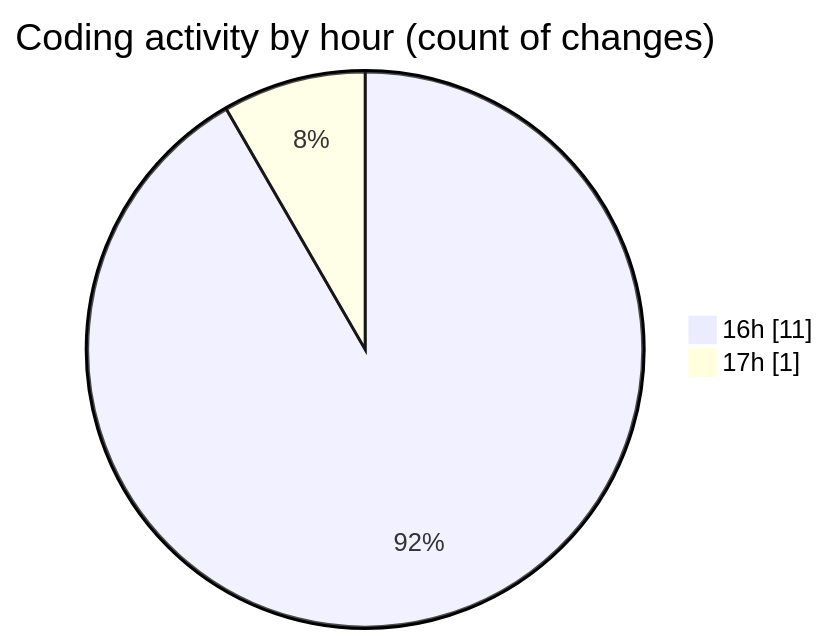
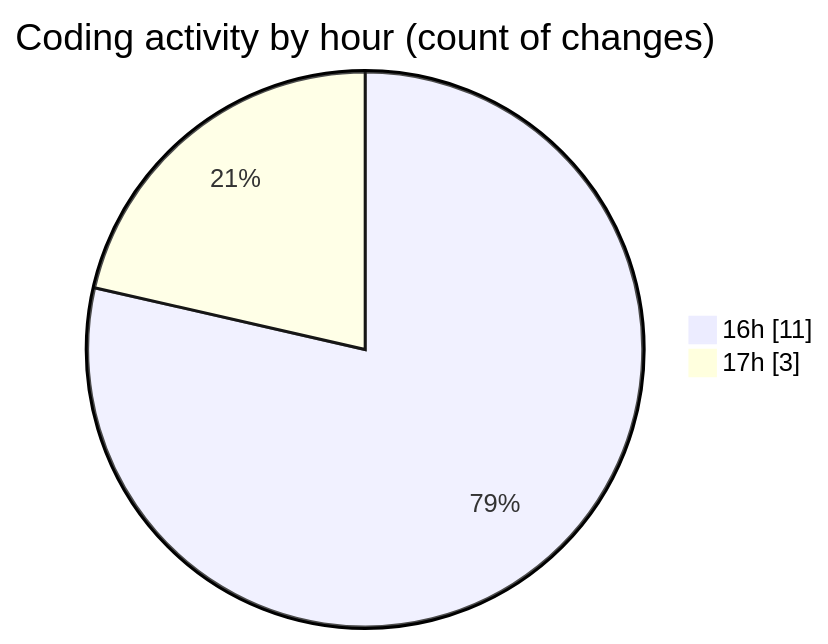
Before and after one commit to NitaiMahat/code-tracking: the second of 2 diagrams in 2025-01-28/java/README.md, drawn with Mermaid. The commit also changed other lines of this file and 1 other file, not shown here.

````diff
--- a/2025-01-28/java/README.md
+++ b/2025-01-28/java/README.md
@@ -30,6 +30,6 @@
 ```mermaid
 pie showData
 title Coding activity by hour (count of changes)
 "16h" : 11
-"17h" : 1
+"17h" : 3
 ```
````
